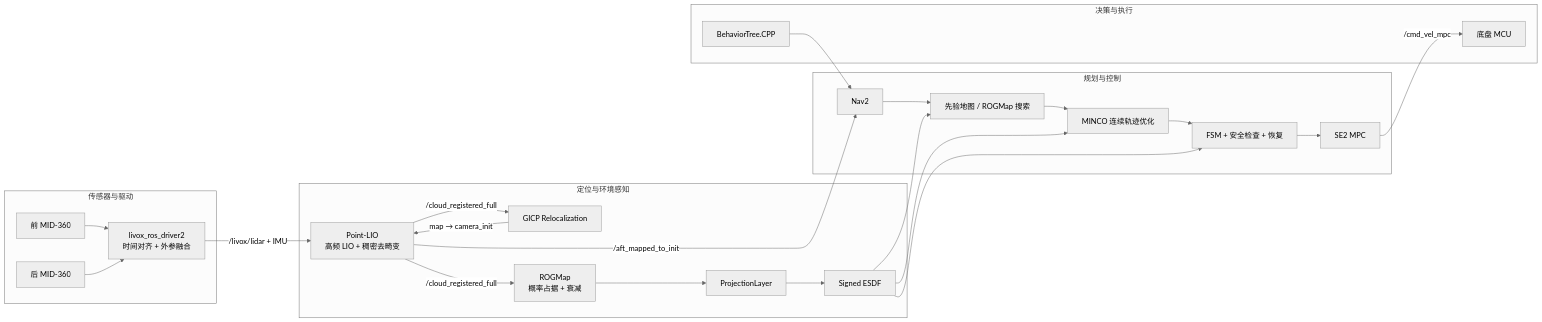
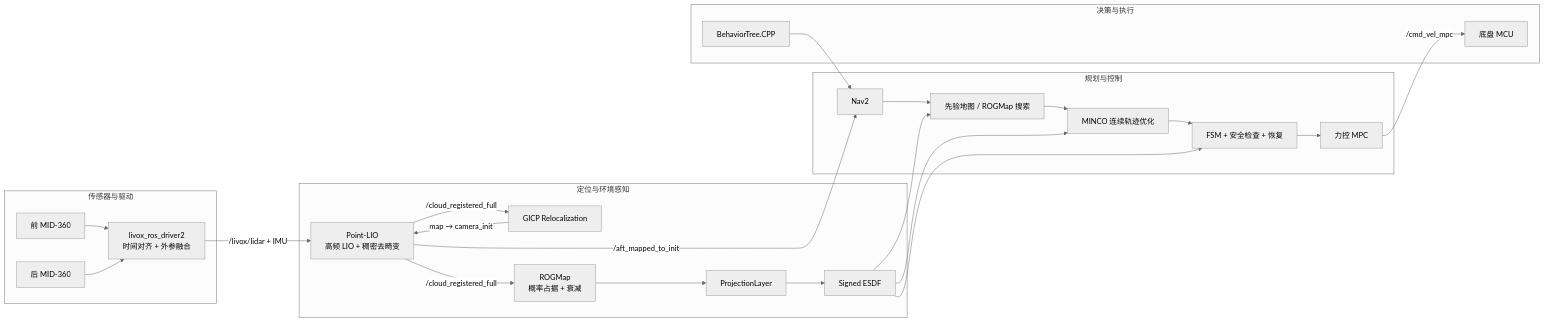
One commit to Wanqiq7/Pldx_ws changed the first of 2 diagrams in README.md. Above: the diagram before and after it, drawn with Mermaid (neutral theme). The commit also changed other lines of this file and 18 other files, not shown here.

````diff
--- a/README.md
+++ b/README.md
@@ -444,45 +463,45 @@
 ```mermaid
 flowchart LR
   subgraph Sensors[传感器与驱动]
     L1[前 MID-360]
     L2[后 MID-360]
     LD[livox_ros_driver2<br/>时间对齐 + 外参融合]
     L1 --> LD
     L2 --> LD
   end
 
   subgraph Perception[定位与环境感知]
     PL[Point-LIO<br/>高频 LIO + 稠密去畸变]
     ICP[GICP Relocalization]
     RM[ROGMap<br/>概率占据 + 衰减]
     PJ[ProjectionLayer]
     DF[Signed ESDF]
     LD -->|/livox/lidar + IMU| PL
     PL -->|/cloud_registered_full| ICP
     PL -->|/cloud_registered_full| RM
     ICP -->|map → camera_init| PL
     RM --> PJ --> DF
   end
 
   subgraph Navigation[规划与控制]
     N2[Nav2]
     GS[先验地图 / ROGMap 搜索]
     MO[MINCO 连续轨迹优化]
     FSM[FSM + 安全检查 + 恢复]
-    MPC[SE2 MPC]
+    MPC[力控 MPC]
     N2 --> GS
     DF --> GS
     GS --> MO --> FSM --> MPC
     DF --> MO
     DF --> FSM
   end
 
   subgraph Decision[决策与执行]
     BT[BehaviorTree.CPP]
     MCU[底盘 MCU]
     BT --> N2
     MPC -->|/cmd_vel_mpc| MCU
   end
 
   PL -->|/aft_mapped_to_init| N2
 ```
````
